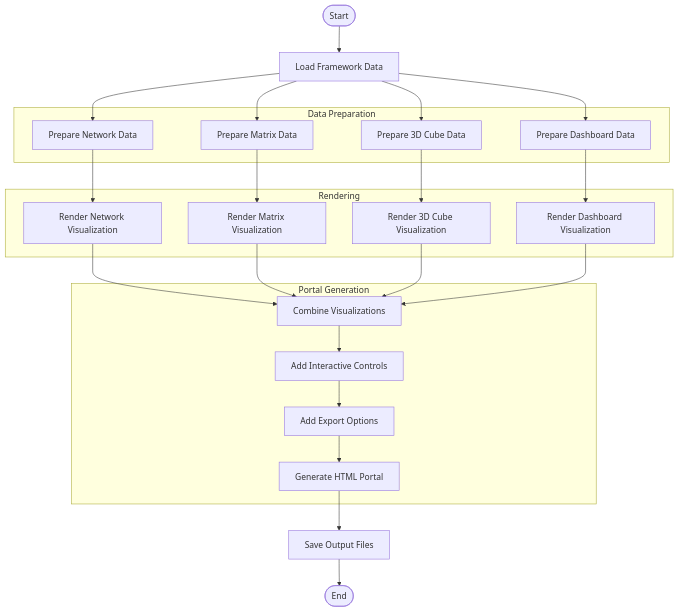
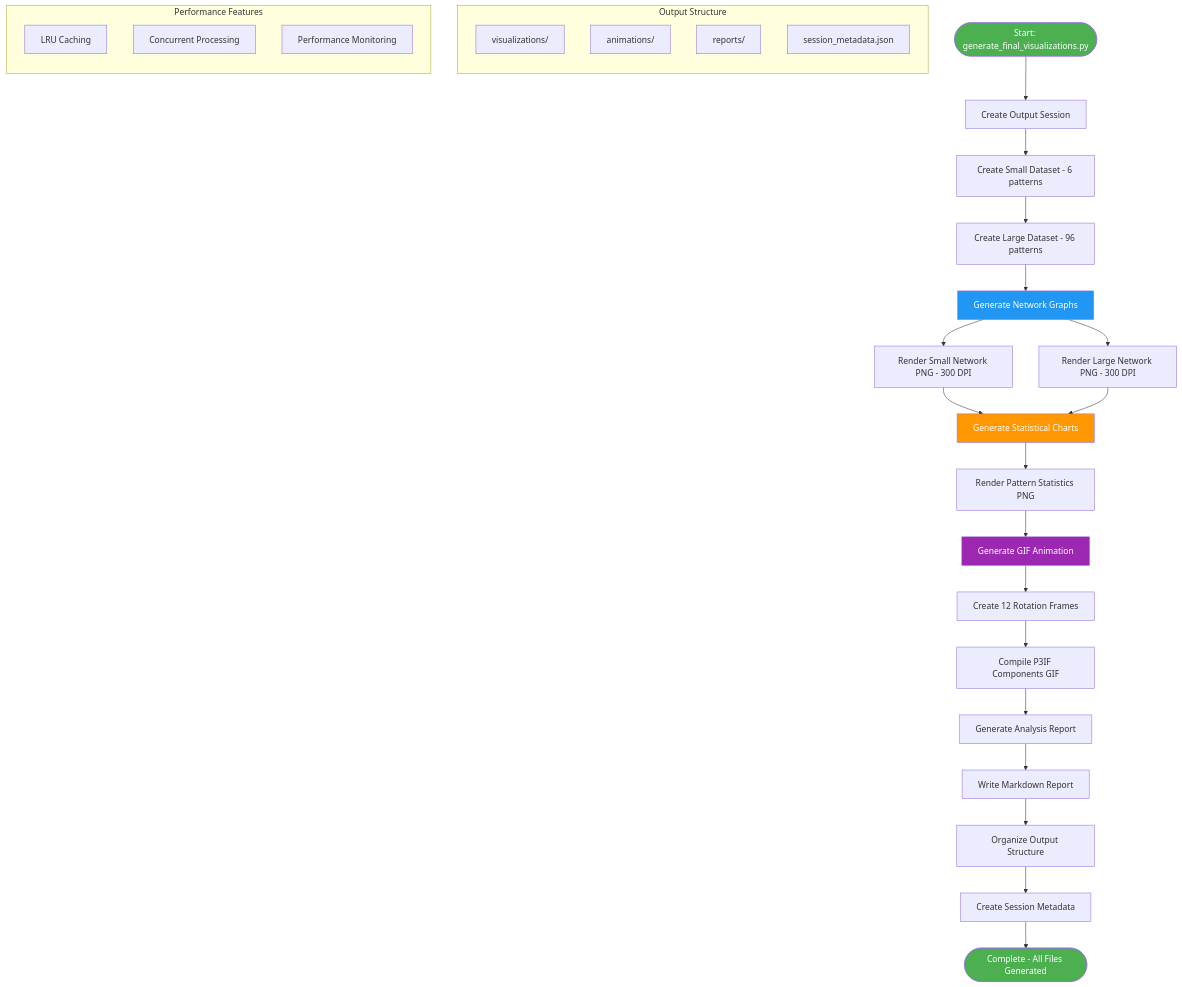
One commit to docxology/p3if changed the second of 6 diagrams in docs/diagrams/process-flows.md. Above: the diagram before and after it, drawn with Mermaid. The commit also changed other lines of this file and 237 other files, not shown here.

````diff
--- a/docs/diagrams/process-flows.md
+++ b/docs/diagrams/process-flows.md
@@ -38,45 +42,46 @@
 ```mermaid
 flowchart TD
-    Start([Start]) --> LoadData[Load Framework Data]
-    LoadData --> PrepNetwork[Prepare Network Data]
-    LoadData --> PrepMatrix[Prepare Matrix Data]
-    LoadData --> Prep3D[Prepare 3D Cube Data]
-    LoadData --> PrepDashboard[Prepare Dashboard Data]
+    Start([Start: generate_final_visualizations.py]) --> CreateSession[Create Output Session]
+    CreateSession --> CreateSmall[Create Small Dataset - 6 patterns]
+    CreateSmall --> CreateLarge[Create Large Dataset - 96 patterns]
     
-    PrepNetwork --> RenderNetwork[Render Network Visualization]
-    PrepMatrix --> RenderMatrix[Render Matrix Visualization]
-    Prep3D --> Render3D[Render 3D Cube Visualization]
-    PrepDashboard --> RenderDashboard[Render Dashboard Visualization]
+    CreateLarge --> GenNetwork[Generate Network Graphs]
+    GenNetwork --> SmallNet[Render Small Network PNG - 300 DPI]
+    GenNetwork --> LargeNet[Render Large Network PNG - 300 DPI]
     
-    RenderNetwork --> CombineViz[Combine Visualizations]
-    RenderMatrix --> CombineViz
-    Render3D --> CombineViz
-    RenderDashboard --> CombineViz
+    SmallNet --> GenStats[Generate Statistical Charts]
+    LargeNet --> GenStats
+    GenStats --> StatsChart[Render Pattern Statistics PNG]
     
-    CombineViz --> AddControls[Add Interactive Controls]
-    AddControls --> AddExport[Add Export Options]
-    AddExport --> GenerateHTML[Generate HTML Portal]
-    GenerateHTML --> SaveOutput[Save Output Files]
-    SaveOutput --> End([End])
+    StatsChart --> GenAnim[Generate GIF Animation]
+    GenAnim --> CreateFrames[Create 12 Rotation Frames]
+    CreateFrames --> CompileGIF[Compile P3IF Components GIF]
     
-    subgraph "Data Preparation"
-        PrepNetwork
-        PrepMatrix
-        Prep3D
-        PrepDashboard
+    CompileGIF --> GenReport[Generate Analysis Report]
+    GenReport --> WriteReport[Write Markdown Report]
+    
+    WriteReport --> OrganizeOutput[Organize Output Structure]
+    OrganizeOutput --> SessionMeta[Create Session Metadata]
+    SessionMeta --> Complete([Complete - All Files Generated])
+    
+    subgraph "Output Structure"
+        direction TB
+        Viz[visualizations/]
+        Anim[animations/]
+        Rep[reports/]
+        Meta[session_metadata.json]
     end
     
-    subgraph "Rendering"
-        RenderNetwork
-        RenderMatrix
-        Render3D
-        RenderDashboard
+    subgraph "Performance Features"
+        direction TB
+        Cache[LRU Caching]
+        Concurrent[Concurrent Processing]
+        Monitor[Performance Monitoring]
     end
     
-    subgraph "Portal Generation"
-        CombineViz
-        AddControls
-        AddExport
-        GenerateHTML
-    end
+    style Start fill:#4CAF50,color:#fff
+    style Complete fill:#4CAF50,color:#fff
+    style GenNetwork fill:#2196F3,color:#fff
+    style GenStats fill:#FF9800,color:#fff
+    style GenAnim fill:#9C27B0,color:#fff
 ```
````
